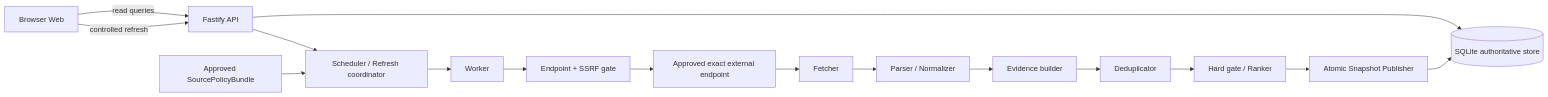
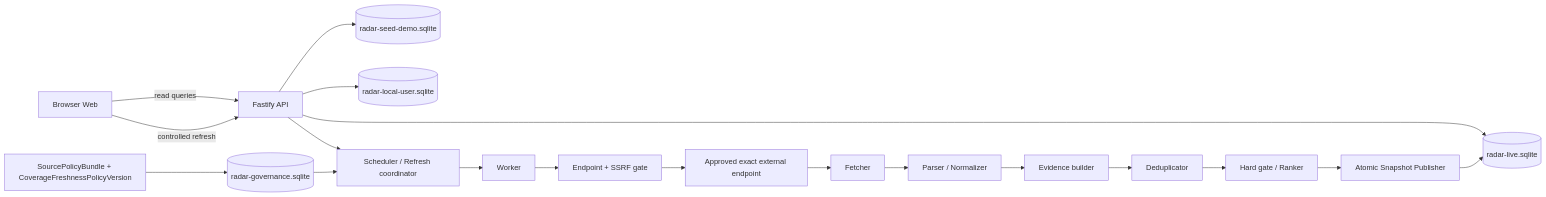
One commit to CloudyStormer/AI-Workflow-Dev changed the first of 2 diagrams in projects/ai-model-radar/docs/06-release-completeness-architecture.md. Above: the diagram before and after it, drawn with Mermaid. The commit also changed other lines of this file and 3 other files, not shown here.

Commit message:
docs(radar): revise release architecture contracts

````diff
--- a/projects/ai-model-radar/docs/06-release-completeness-architecture.md
+++ b/projects/ai-model-radar/docs/06-release-completeness-architecture.md
@@ -160,33 +160,39 @@
 ```mermaid
 flowchart LR
     B[Browser Web]
     API[Fastify API]
-    DB[(SQLite authoritative store)]
-    PL[Approved SourcePolicyBundle]
+    GOV[(radar-governance.sqlite)]
+    LIVE[(radar-live.sqlite)]
+    SEED[(radar-seed-demo.sqlite)]
+    USER[(radar-local-user.sqlite)]
+    PL[SourcePolicyBundle + CoverageFreshnessPolicyVersion]
     SCH[Scheduler / Refresh coordinator]
     NET[Endpoint + SSRF gate]
     F[Fetcher]
     P[Parser / Normalizer]
     EV[Evidence builder]
     DD[Deduplicator]
     RK[Hard gate / Ranker]
     PUB[Atomic Snapshot Publisher]
     W[Worker]
     EXT[Approved exact external endpoint]
 
     B -->|read queries| API
     B -->|controlled refresh| API
-    API --> DB
+    API --> LIVE
+    API --> SEED
+    API --> USER
     API --> SCH
-    PL --> SCH
+    PL --> GOV
+    GOV --> SCH
     SCH --> W
     W --> NET
     NET --> EXT
     EXT --> F
     F --> P
     P --> EV
     EV --> DD
     DD --> RK
     RK --> PUB
-    PUB --> DB
+    PUB --> LIVE
 ```
````
